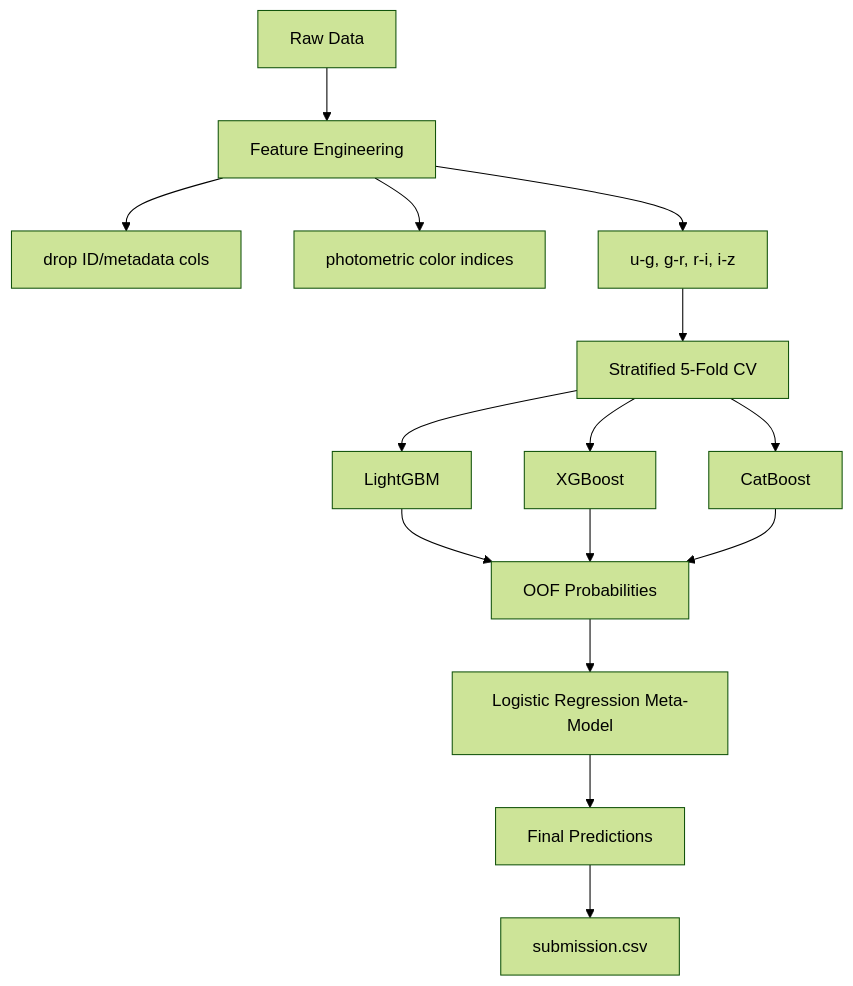
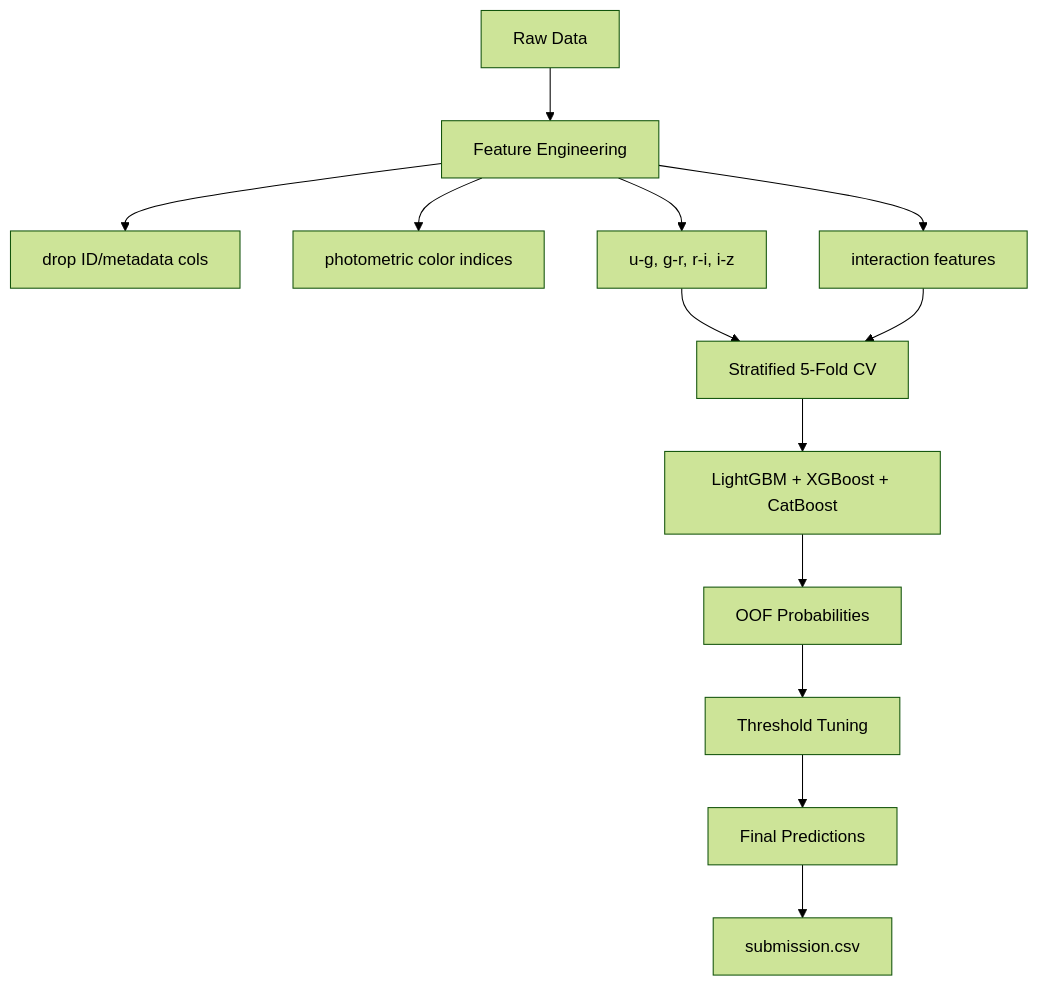
The diagram in README.md (RickArko/kcom-predicting-stellar-class), drawn with Mermaid (forest theme) before and after one commit. The commit also changed other lines of this file and 5 other files, not shown here.

````diff
--- a/README.md
+++ b/README.md
@@ -103,21 +81,15 @@
 ```mermaid
 flowchart TD
     A[Raw Data] --> B[Feature Engineering]
     B --> C[drop ID/metadata cols]
     B --> D[photometric color indices]
     B --> E[u-g, g-r, r-i, i-z]
-    
-    E --> F[Stratified 5-Fold CV]
-    
-    F --> G[LightGBM]
-    F --> H[XGBoost]
-    F --> I[CatBoost]
-    
-    G --> J[OOF Probabilities]
-    H --> J
-    I --> J
-    
-    J --> K[Logistic Regression Meta-Model]
-    K --> L[Final Predictions]
-    L --> M[submission.csv]
+    B --> F[interaction features]
+    E --> G[Stratified 5-Fold CV]
+    F --> G
+    G --> H[LightGBM + XGBoost + CatBoost]
+    H --> I[OOF Probabilities]
+    I --> J[Threshold Tuning]
+    J --> K[Final Predictions]
+    K --> L[submission.csv]
 ```
````
